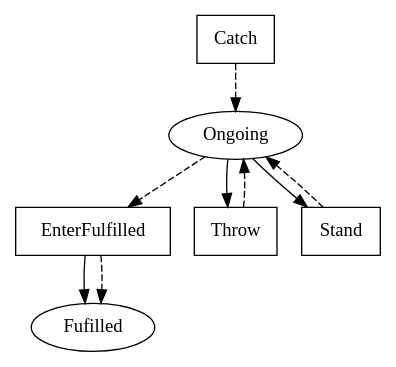
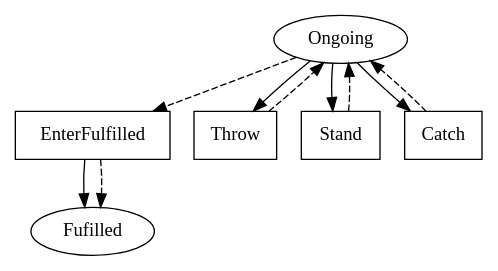
Before and after one commit to Marcao02/complaw-deeptech: the diagram in linear_state_machine_language/pyL4/examples/out_graphviz/toy_and_teaching/minimal_future-actions.dot, drawn with Graphviz. The commit also changed 20 other files, not shown here.

```diff
--- a/linear_state_machine_language/pyL4/examples/out_graphviz/toy_and_teaching/minimal_future-actions.dot
+++ b/linear_state_machine_language/pyL4/examples/out_graphviz/toy_and_teaching/minimal_future-actions.dot
@@ -1,26 +1,27 @@
 // THIS IS A GENERATED FILE. DO NOT EDIT.
 
 digraph test_contract_for_must_later {    
     Fulfilled[label=Fufilled];
     Ongoing[label=Ongoing]
     
     EnterFulfilled[label=EnterFufilled,shape=box]; 
     Throw[label=Throw,shape=box];
 	Stand[label=Stand,shape=box];
 	Catch[label=Catch,shape=box];
 	EnterFulfilled[label=EnterFulfilled,shape=box]    
     
     EnterFulfilled -> Fulfilled;
     
     Ongoing -> Throw;
 	Ongoing -> Stand;
-	Ongoing -> EnterFulfilled [style=dashed]
+	Ongoing -> EnterFulfilled [style=dashed];
+	Ongoing -> Catch
     
     Throw -> Ongoing [style=dashed];
 	Stand -> Ongoing [style=dashed];
 	Catch -> Ongoing [style=dashed];
 	EnterFulfilled -> Fulfilled [style=dashed];
 	     
     
        
 }
```
